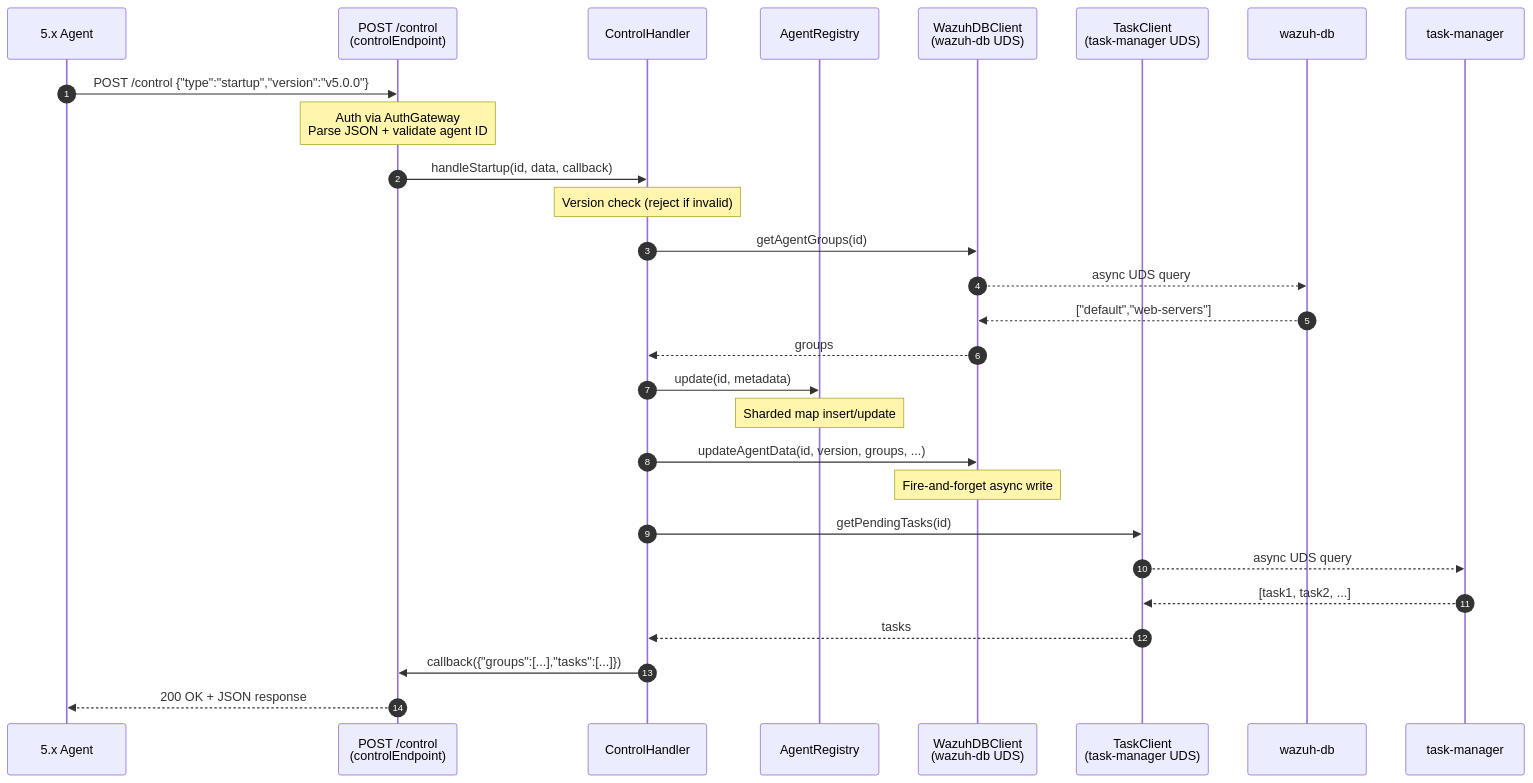
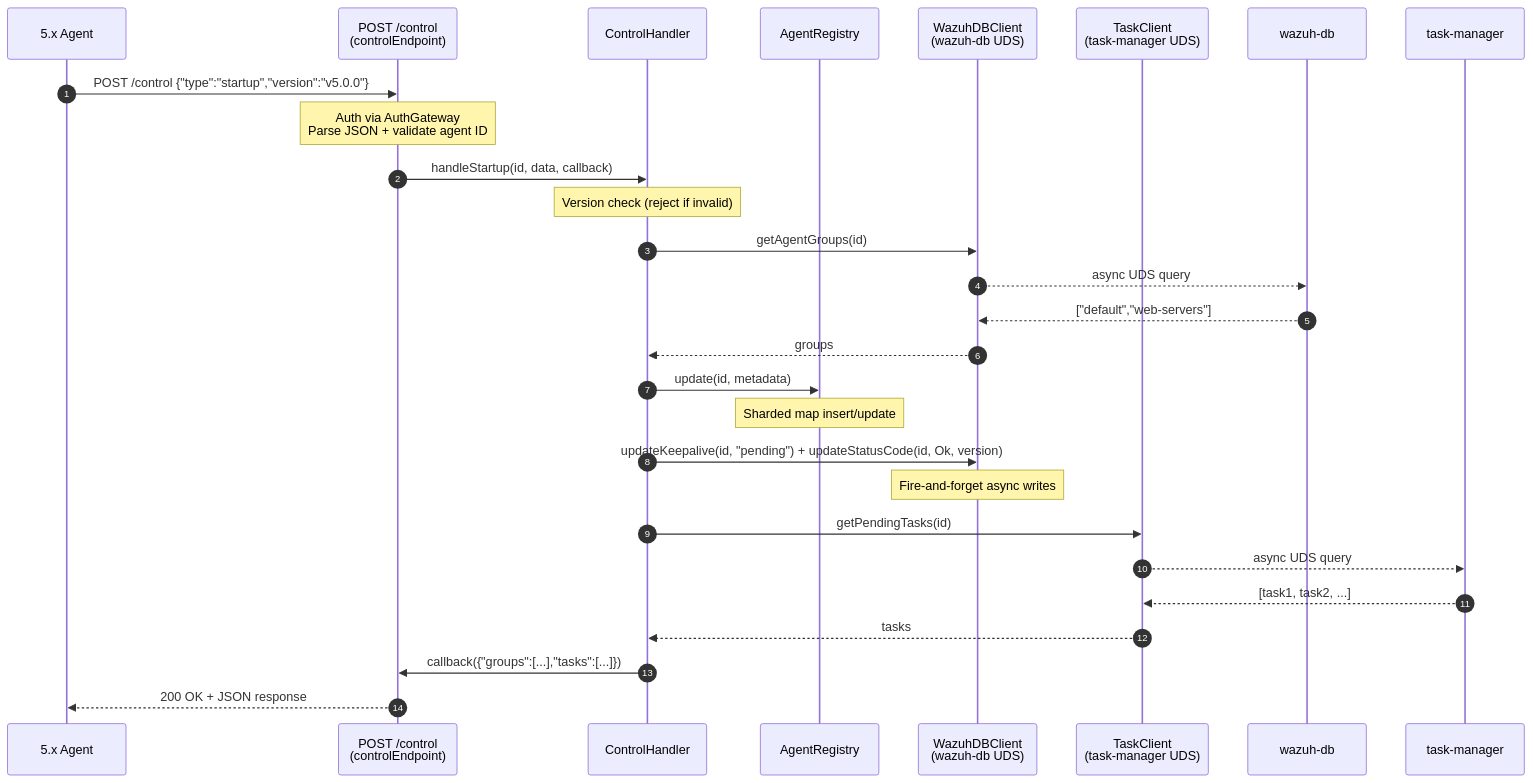
The first of 4 diagrams in src/remoted/remoted_module/README.md (wazuh/wazuh), drawn with Mermaid before and after one commit. The commit also changed other lines of this file and 4 other files, not shown here.

Commit message:
fix: persist the accepted agent version at startup and let the first host-carrying notify bypass the keepalive throttle

````diff
--- a/src/remoted/remoted_module/README.md
+++ b/src/remoted/remoted_module/README.md
@@ -294,31 +294,31 @@
 ```mermaid
 sequenceDiagram
     autonumber
     participant Ag as 5.x Agent
     participant EP as POST /control<br/>(controlEndpoint)
     participant CH as ControlHandler
     participant AR as AgentRegistry
     participant WDB as WazuhDBClient<br/>(wazuh-db UDS)
     participant TC as TaskClient<br/>(task-manager UDS)
     participant DB as wazuh-db
     participant TM as task-manager
 
     Ag->>EP: POST /control {"type":"startup","version":"v5.0.0"}
     Note over EP: Auth via AuthGateway<br/>Parse JSON + validate agent ID
     EP->>CH: handleStartup(id, data, callback)
     Note over CH: Version check (reject if invalid)
     CH->>WDB: getAgentGroups(id)
     WDB-->>DB: async UDS query
     DB-->>WDB: ["default","web-servers"]
     WDB-->>CH: groups
     CH->>AR: update(id, metadata)
     Note over AR: Sharded map insert/update
-    CH->>WDB: updateAgentData(id, version, groups, ...)
-    Note over WDB: Fire-and-forget async write
+    CH->>WDB: updateKeepalive(id, "pending") + updateStatusCode(id, Ok, version)
+    Note over WDB: Fire-and-forget async writes
     CH->>TC: getPendingTasks(id)
     TC-->>TM: async UDS query
     TM-->>TC: [task1, task2, ...]
     TC-->>CH: tasks
     CH->>EP: callback({"groups":[...],"tasks":[...]})
     EP-->>Ag: 200 OK + JSON response
 ```
````
